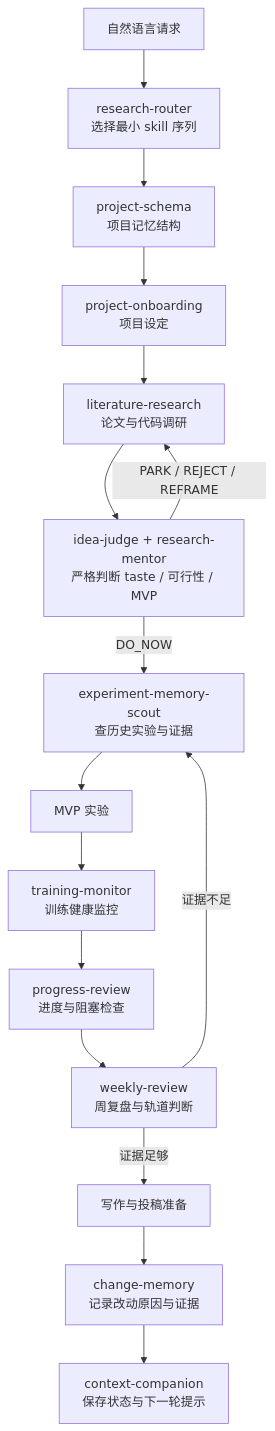
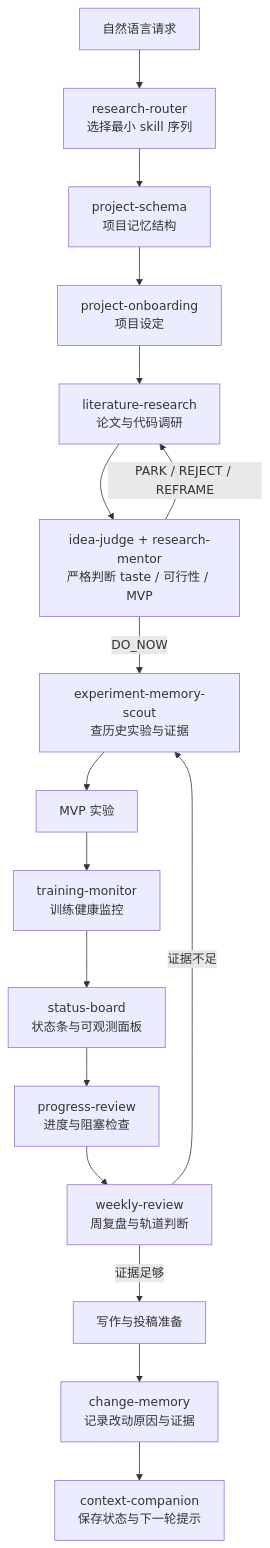
Before and after one commit to zengleilei123/ai-research-companion-codex-plugin: the first of 2 diagrams in README.md, drawn with Mermaid. The commit also changed other lines of this file and 9 other files, not shown here.

Commit message:
feat: add research status board

````diff
--- a/README.md
+++ b/README.md
@@ -27,18 +28,19 @@
 ```mermaid
 flowchart TD
     A["自然语言请求"] --> R["research-router<br/>选择最小 skill 序列"]
     R --> S["project-schema<br/>项目记忆结构"]
     S --> B["project-onboarding<br/>项目设定"]
     B --> C["literature-research<br/>论文与代码调研"]
     C --> D["idea-judge + research-mentor<br/>严格判断 taste / 可行性 / MVP"]
     D -->|"DO_NOW"| E["experiment-memory-scout<br/>查历史实验与证据"]
     D -->|"PARK / REJECT / REFRAME"| C
     E --> F["MVP 实验"]
     F --> G["training-monitor<br/>训练健康监控"]
-    G --> H["progress-review<br/>进度与阻塞检查"]
+    G --> O["status-board<br/>状态条与可观测面板"]
+    O --> H["progress-review<br/>进度与阻塞检查"]
     H --> I["weekly-review<br/>周复盘与轨道判断"]
     I -->|"证据足够"| J["写作与投稿准备"]
     I -->|"证据不足"| E
     J --> K["change-memory<br/>记录改动原因与证据"]
     K --> L["context-companion<br/>保存状态与下一轮提示"]
 ```
````
